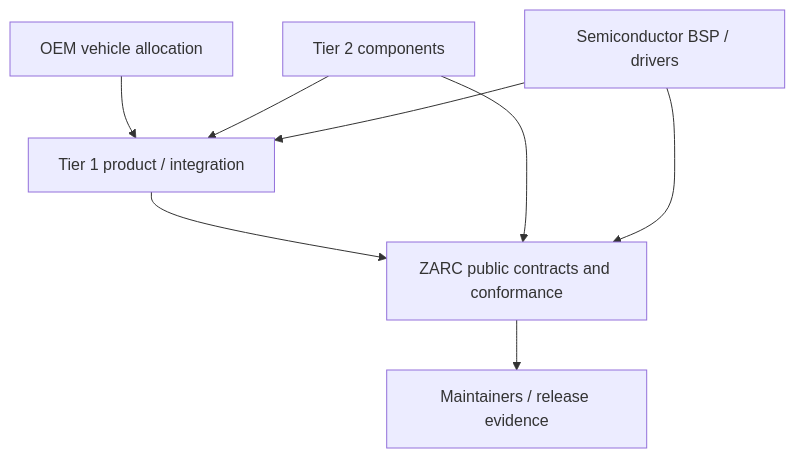
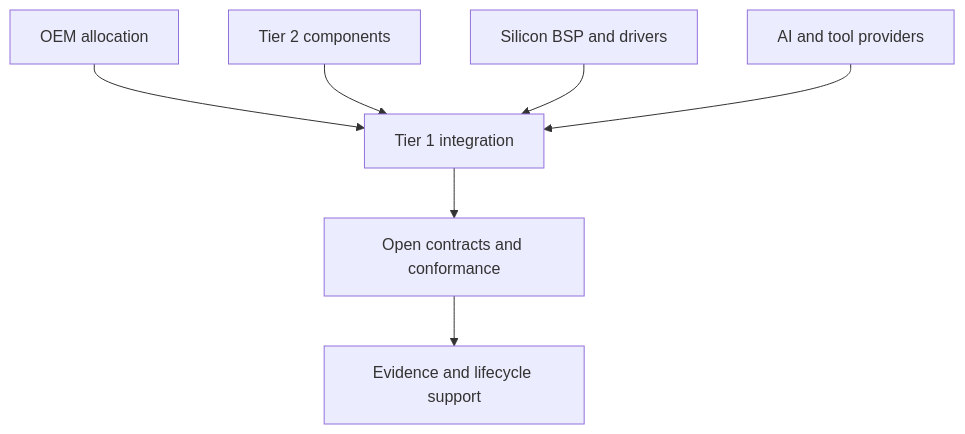
Diagram 20 of 26 in docs/architecture/diagrams/README.md (susmithmrm/ZARC), drawn with Mermaid before and after one commit. The commit also changed other lines of this file and 26 other files, not shown here.

Commit message:
Rework 22 architecture diagrams and add component, visibility and lifecycle views

````diff
--- a/docs/architecture/diagrams/README.md
+++ b/docs/architecture/diagrams/README.md
@@ -440,18 +278,9 @@
 ```mermaid
 flowchart TD
-  %% Supplier contribution ecosystem
-  N0_0["OEM vehicle allocation"]
-  N1_0["Tier 1 product / integration"]
-  N2_0["Tier 2 components"]
-  N2_1["Semiconductor BSP / drivers"]
-  N3_0["ZARC public contracts and conformance"]
-  N4_0["Maintainers / release evidence"]
-  N0_0 --> N1_0
-  N2_0 --> N1_0
-  N2_1 --> N1_0
-  N1_0 --> N3_0
-  N2_0 --> N3_0
-  N2_1 --> N3_0
-  N3_0 --> N4_0
-  %% Supplier roles own separate deliverables; interfaces and evidence reviewed independently.
+  O[OEM allocation] --> T[Tier 1 integration]
+  C[Tier 2 components] --> T
+  S[Silicon BSP and drivers] --> T
+  A[AI and tool providers] --> T
+  T --> P[Open contracts and conformance]
+  P --> E[Evidence and lifecycle support]
 ```
````
